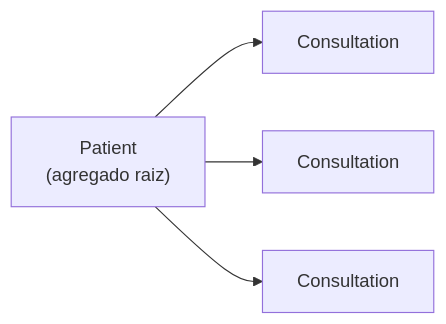
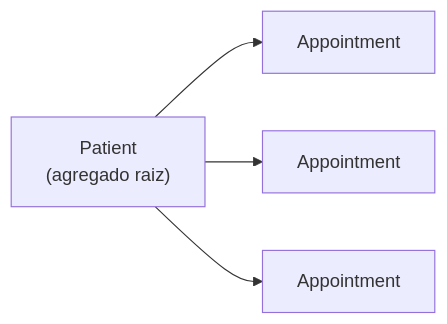
One commit to burn-c/arquitetura-de-software-fase-2 changed the fourth of 5 diagrams in docs/Estratégia e Inovação/Arquitetura de Software/4 - Entidades e Objetos de Valor/1 - Entidades.md. Above: the diagram before and after it, drawn with Mermaid. The commit also changed other lines of this file and 8 other files, not shown here.

````diff
--- a/docs/Estratégia e Inovação/Arquitetura de Software/4 - Entidades e Objetos de Valor/1 - Entidades.md
+++ b/docs/Estratégia e Inovação/Arquitetura de Software/4 - Entidades e Objetos de Valor/1 - Entidades.md
@@ -115,11 +115,11 @@
 ```mermaid
 flowchart LR
     P["Patient<br/>(agregado raiz)"]
-    C1["Consultation"]
-    C2["Consultation"]
-    C3["Consultation"]
+    C1["Appointment"]
+    C2["Appointment"]
+    C3["Appointment"]
 
     P --> C1
     P --> C2
     P --> C3
 ```
````
